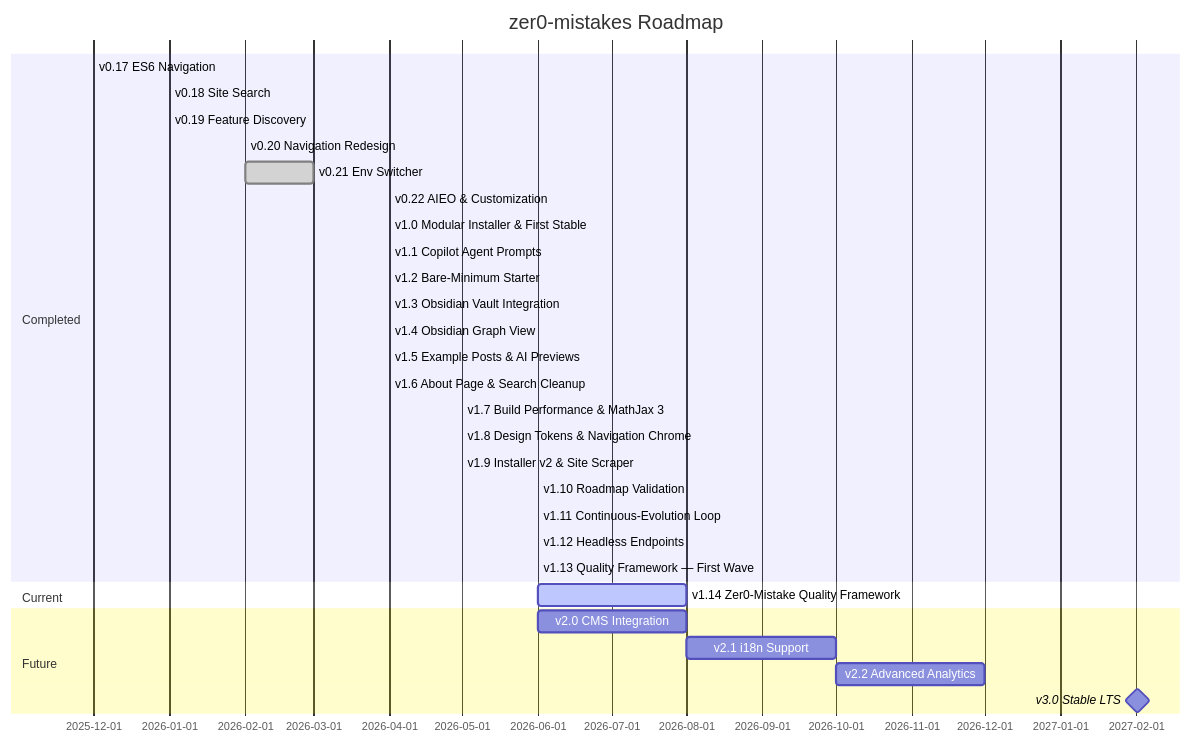
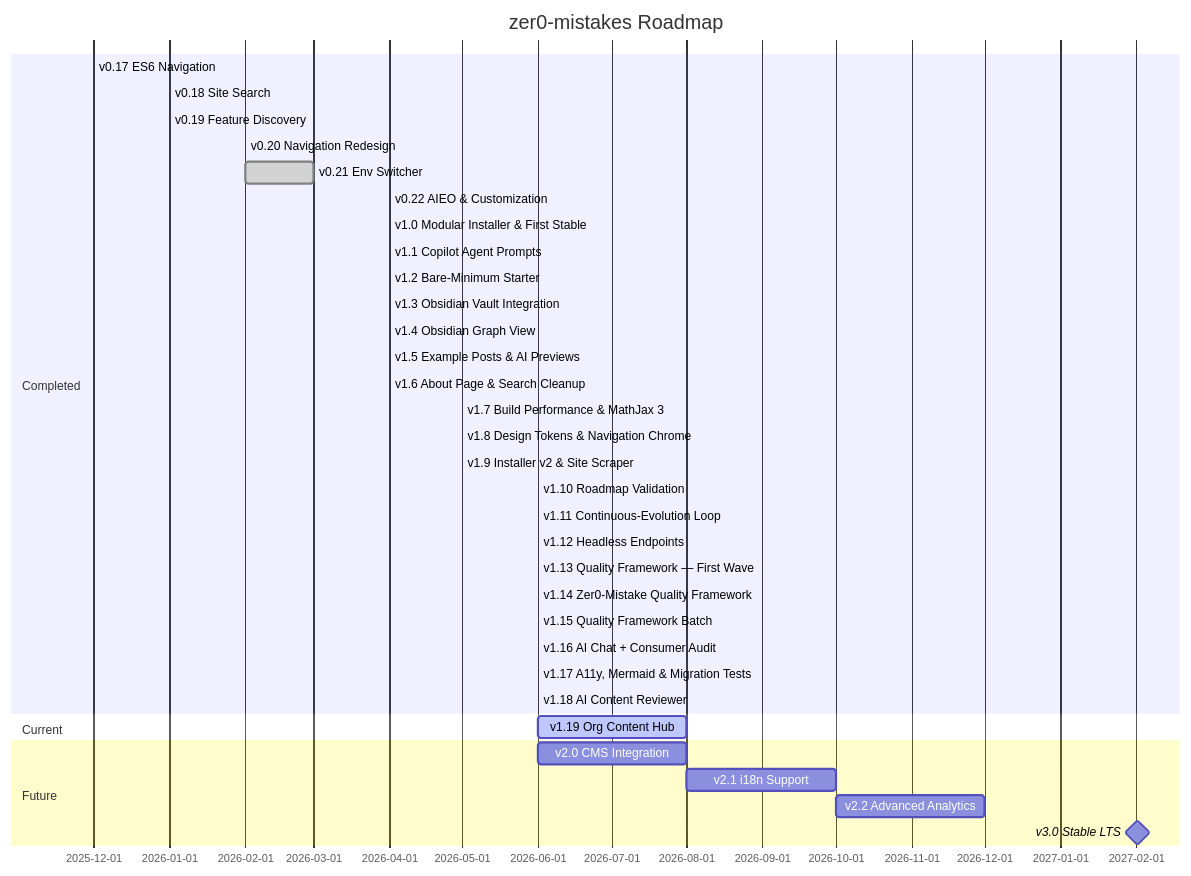
The diagram in packages/zer0-mistakes/README.md (bamr87/zer0-CMS), drawn with Mermaid before and after one commit. The commit also changed other lines of this file and 4 other files, not shown here.

First line of the commit message:
docs(roadmap): record shipped milestones v1.14–v1.18 and advance active to v1.19 (T-022) (bamr87/zer0-mistakes#175)

````diff
--- a/packages/zer0-mistakes/README.md
+++ b/packages/zer0-mistakes/README.md
@@ -814,33 +814,38 @@
 ```mermaid
 gantt
     title zer0-mistakes Roadmap
     dateFormat YYYY-MM
     section Completed
     v0.17 ES6 Navigation         :done, 2025-12, 2025-12
     v0.18 Site Search            :done, 2026-01, 2026-01
     v0.19 Feature Discovery      :done, 2026-01, 2026-01
     v0.20 Navigation Redesign    :done, 2026-02, 2026-02
     v0.21 Env Switcher           :done, 2026-02, 2026-03
     v0.22 AIEO & Customization   :done, 2026-04, 2026-04
     v1.0 Modular Installer & First Stable :done, 2026-04, 2026-04
     v1.1 Copilot Agent Prompts   :done, 2026-04, 2026-04
     v1.2 Bare-Minimum Starter    :done, 2026-04, 2026-04
     v1.3 Obsidian Vault Integration :done, 2026-04, 2026-04
     v1.4 Obsidian Graph View     :done, 2026-04, 2026-04
     v1.5 Example Posts & AI Previews :done, 2026-04, 2026-04
     v1.6 About Page & Search Cleanup :done, 2026-04, 2026-04
     v1.7 Build Performance & MathJax 3 :done, 2026-05, 2026-05
     v1.8 Design Tokens & Navigation Chrome :done, 2026-05, 2026-05
     v1.9 Installer v2 & Site Scraper :done, 2026-05, 2026-05
     v1.10 Roadmap Validation     :done, 2026-06, 2026-06
     v1.11 Continuous-Evolution Loop :done, 2026-06, 2026-06
     v1.12 Headless Endpoints     :done, 2026-06, 2026-06
     v1.13 Quality Framework — First Wave :done, 2026-06, 2026-06
+    v1.14 Zer0-Mistake Quality Framework :done, 2026-06, 2026-06
+    v1.15 Quality Framework Batch :done, 2026-06, 2026-06
+    v1.16 AI Chat + Consumer Audit :done, 2026-06, 2026-06
+    v1.17 A11y, Mermaid & Migration Tests :done, 2026-06, 2026-06
+    v1.18 AI Content Reviewer    :done, 2026-06, 2026-06
     section Current
-    v1.14 Zer0-Mistake Quality Framework :active, 2026-06, 2026-08
+    v1.19 Org Content Hub        :active, 2026-06, 2026-08
     section Future
     v2.0 CMS Integration         :2026-06, 2026-08
     v2.1 i18n Support            :2026-08, 2026-10
     v2.2 Advanced Analytics      :2026-10, 2026-12
     v3.0 Stable LTS              :milestone, 2027-02, 1d
 ```
````
